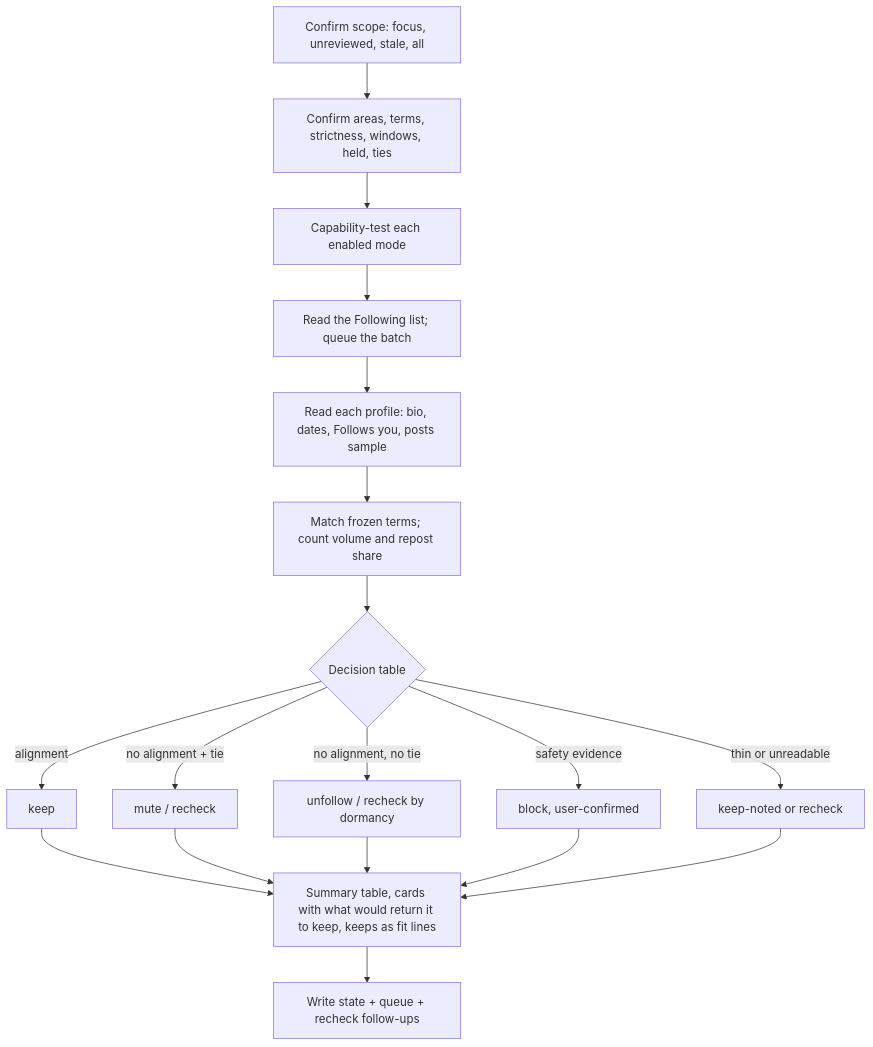
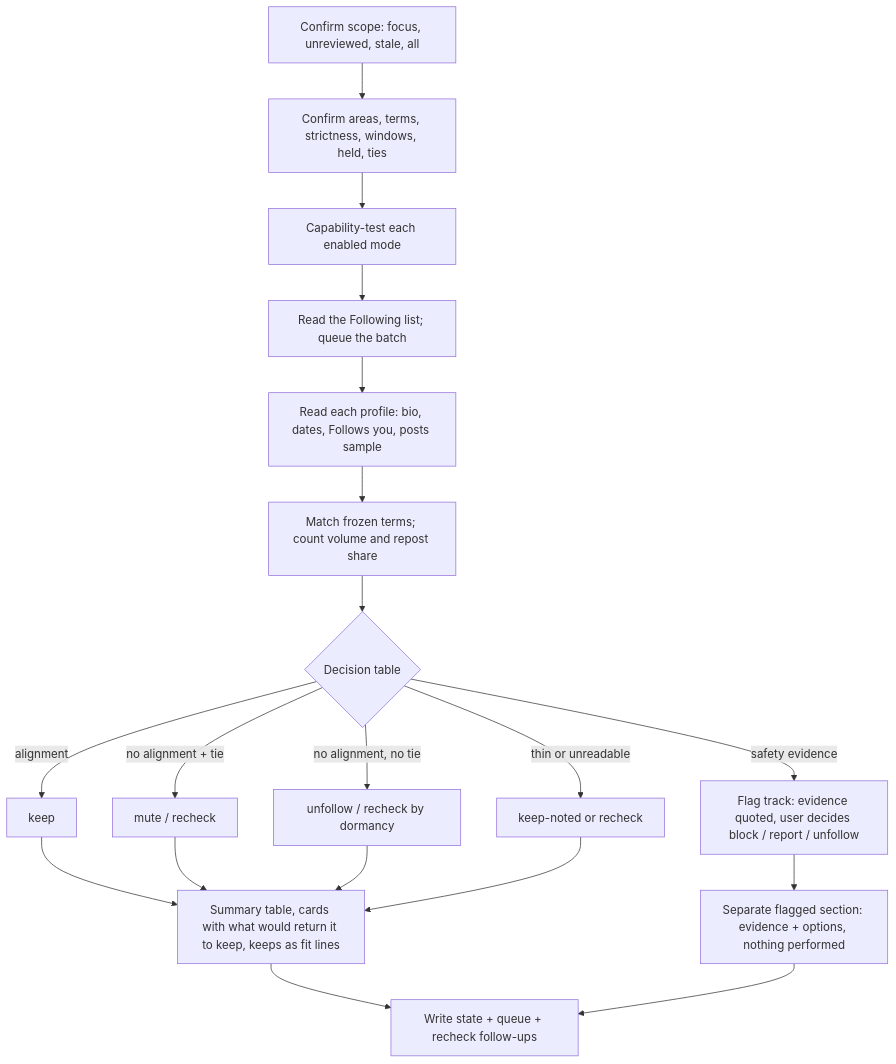
The diagram in lode/skills/twitter-following-audit.md (johndkane/agent-skills), drawn with Mermaid before and after one commit. The commit also changed other lines of this file and 13 other files, not shown here.

````diff
--- a/lode/skills/twitter-following-audit.md
+++ b/lode/skills/twitter-following-audit.md
@@ -72,20 +83,21 @@
 ```mermaid
 flowchart TD
     P[Confirm scope: focus, unreviewed, stale, all] --> I[Confirm areas, terms, strictness, windows, held, ties]
     I --> G[Capability-test each enabled mode]
     G --> L[Read the Following list; queue the batch]
     L --> R[Read each profile: bio, dates, Follows you, posts sample]
     R --> M[Match frozen terms; count volume and repost share]
     M --> D{Decision table}
     D -- alignment --> K[keep]
     D -- no alignment + tie --> MU[mute / recheck]
     D -- no alignment, no tie --> UF[unfollow / recheck by dormancy]
-    D -- safety evidence --> B[block, user-confirmed]
+    D -- safety evidence --> FL[Flag track: evidence quoted, user decides block / report / unfollow]
     D -- thin or unreadable --> KN[keep-noted or recheck]
     K --> RP[Summary table, cards with what would return it to keep, keeps as fit lines]
     MU --> RP
     UF --> RP
-    B --> RP
     KN --> RP
+    FL --> FS[Separate flagged section: evidence + options, nothing performed]
     RP --> W[Write state + queue + recheck follow-ups]
+    FS --> W
 ```
````
